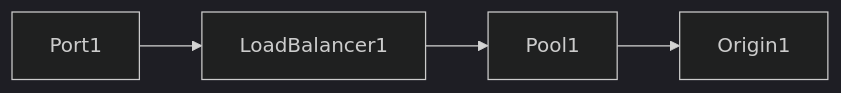
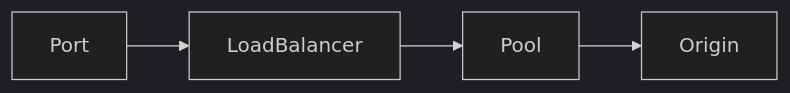
Before and after one commit to infratographer/load-balancer-api: the diagram in README.md, drawn with Mermaid (dark theme).

Commit message:
Remove '1' from end of graph objects in the README

````diff
--- a/README.md
+++ b/README.md
@@ -7,7 +7,7 @@
 ```mermaid
 graph LR;
-    Port1-->LoadBalancer1;
-    LoadBalancer1-->Pool1;
-    Pool1-->Origin1;
+    Port-->LoadBalancer;
+    LoadBalancer-->Pool;
+    Pool-->Origin;
 
 ```
````
